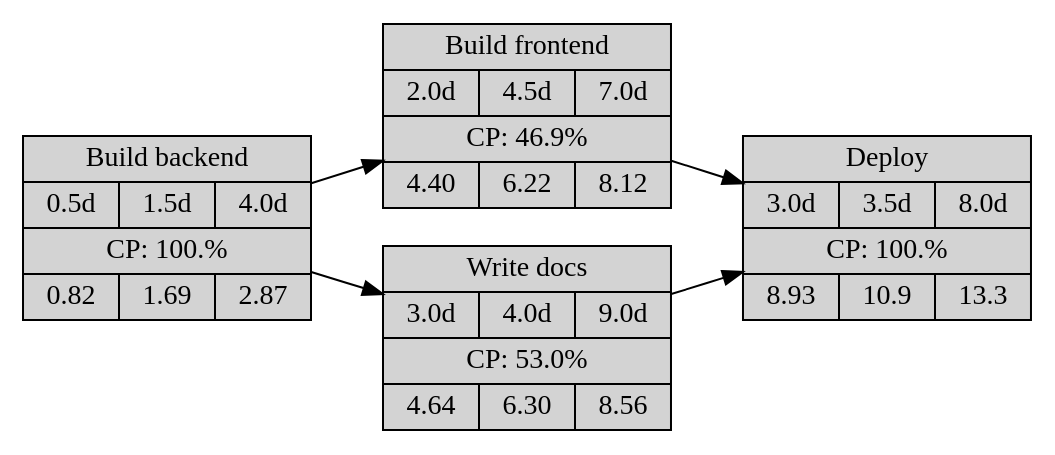
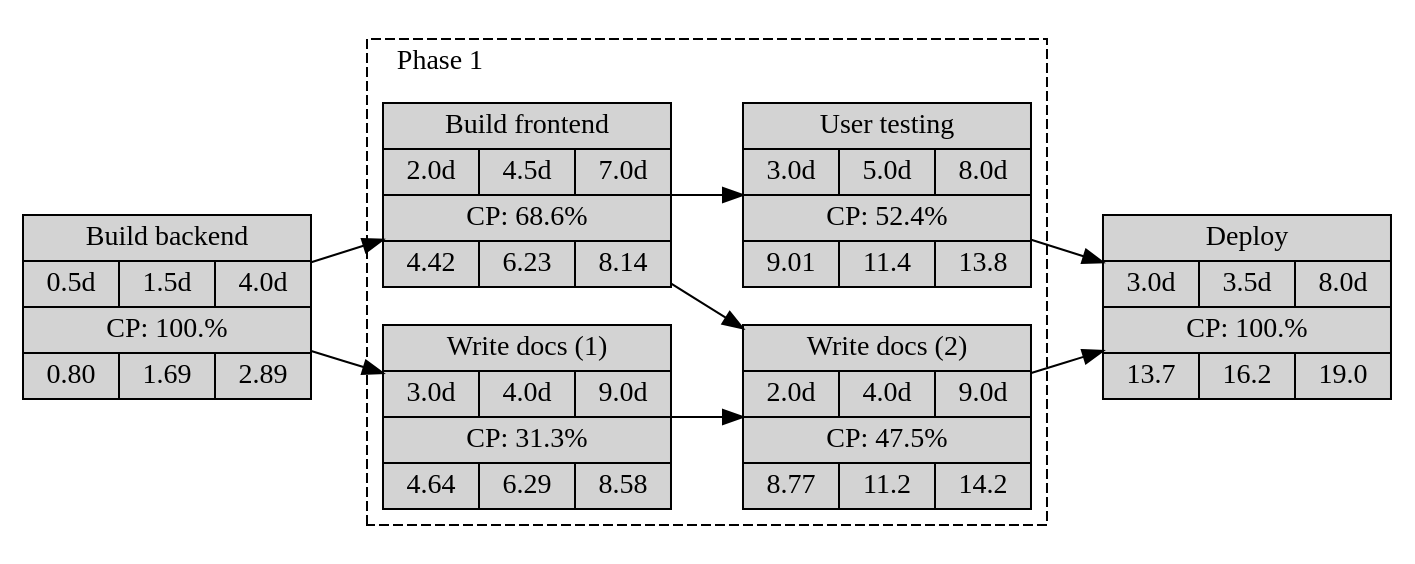
The diagram in example/project.dot (j-mueller/ernie), drawn with Graphviz before and after one commit. The commit also changed 3 other files, not shown here.

```diff
--- a/example/project.dot
+++ b/example/project.dot
@@ -1,23 +1,25 @@
 digraph "" {
     graph [rankdir=LR];
     node [shape=record
          ,style=filled
          ,bgcolor=gray93
          ,height=0.1];
-    graph [style=dashed
-          ,labeljust=l];
-    3 [label="Deploy|{3.0d|3.5d|8.0d}|CP:\ 100.%|{8.93|10.9|13.3}"];
-    1 -> 3;
-    2 -> 3;
-    graph [style=dashed
-          ,labeljust=l];
-    2 [label="Write\ docs|{3.0d|4.0d|9.0d}|CP:\ 53.0%|{4.64|6.30|8.56}"];
+    5 [label="Deploy|{3.0d|3.5d|8.0d}|CP:\ 100.%|{13.7|16.2|19.0}"];
+    0 [label="Build\ backend|{0.5d|1.5d|4.0d}|CP:\ 100.%|{0.80|1.69|2.89}"];
+    3 -> 5;
+    4 -> 5;
+    subgraph "cluster_Phase 1" {
+        4 [label="Write\ docs\ (2)|{2.0d|4.0d|9.0d}|CP:\ 47.5%|{8.77|11.2|14.2}"];
+        1 -> 4;
+        2 -> 4;
+        3 [label="User\ testing|{3.0d|5.0d|8.0d}|CP:\ 52.4%|{9.01|11.4|13.8}"];
+        1 -> 3;
+        2 [label="Write\ docs\ (1)|{3.0d|4.0d|9.0d}|CP:\ 31.3%|{4.64|6.29|8.58}"];
+        1 [label="Build\ frontend|{2.0d|4.5d|7.0d}|CP:\ 68.6%|{4.42|6.23|8.14}"];
+        graph [label="Phase 1"
+              ,style=dashed
+              ,labeljust=l];
+    }
     0 -> 2;
-    graph [style=dashed
-          ,labeljust=l];
-    1 [label="Build\ frontend|{2.0d|4.5d|7.0d}|CP:\ 46.9%|{4.40|6.22|8.12}"];
     0 -> 1;
-    graph [style=dashed
-          ,labeljust=l];
-    0 [label="Build\ backend|{0.5d|1.5d|4.0d}|CP:\ 100.%|{0.82|1.69|2.87}"];
 }
```
